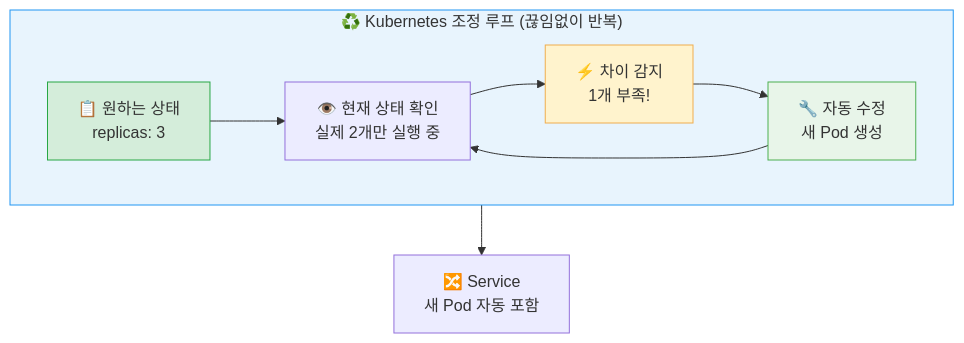
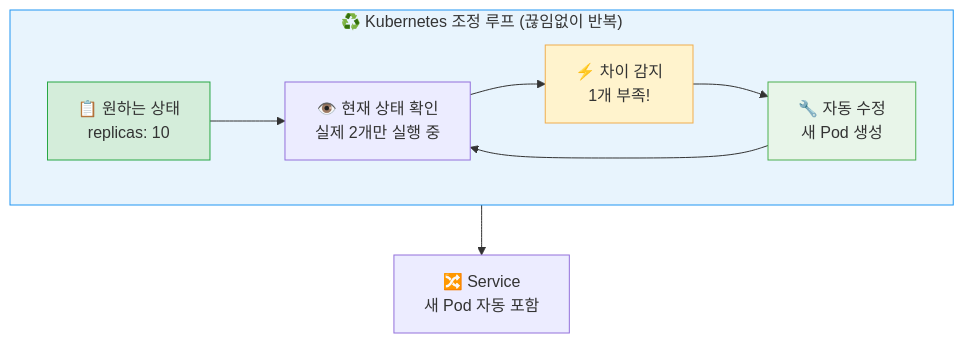
The second of 2 diagrams in docs/day2/session5.md (skilleat-labs/cloud-native-minwon-lab), drawn with Mermaid before and after one commit. The commit also changed other lines of this file, not shown here.

````diff
--- a/docs/day2/session5.md
+++ b/docs/day2/session5.md
@@ -44,20 +44,20 @@
 ```mermaid
 flowchart TB
     subgraph LOOP["♻️ Kubernetes 조정 루프 (끊임없이 반복)"]
         direction LR
-        WANT["📋 원하는 상태\nreplicas: 3"]
+        WANT["📋 원하는 상태\nreplicas: 10"]
         CHECK["👁️ 현재 상태 확인\n실제 2개만 실행 중"]
         DIFF["⚡ 차이 감지\n1개 부족!"]
         FIX["🔧 자동 수정\n새 Pod 생성"]
 
         WANT --> CHECK --> DIFF --> FIX --> CHECK
     end
 
     SVC["🔀 Service\n새 Pod 자동 포함"]
     FIX --> SVC
 
     style LOOP fill:#e8f4fd,stroke:#2196F3
     style WANT fill:#d4edda,stroke:#28a745
     style DIFF fill:#fff3cd,stroke:#f0ad4e
     style FIX fill:#e8f5e9,stroke:#4caf50
 ```
````
